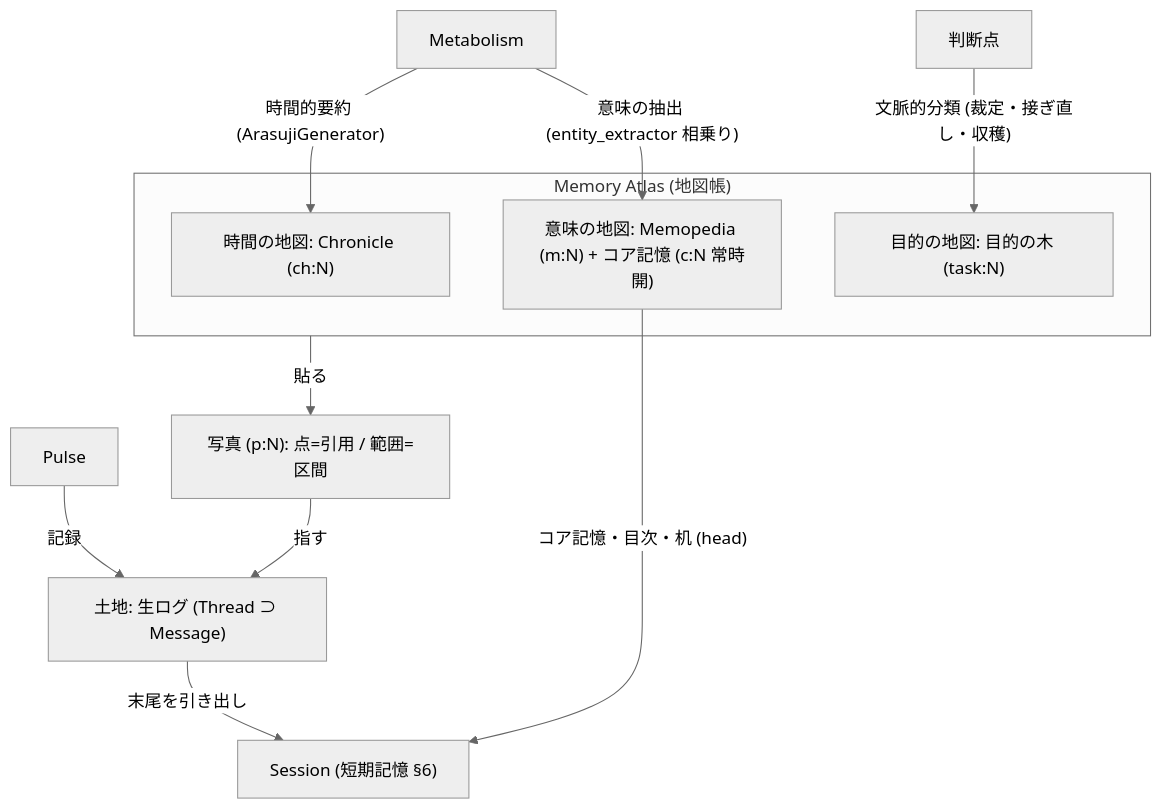
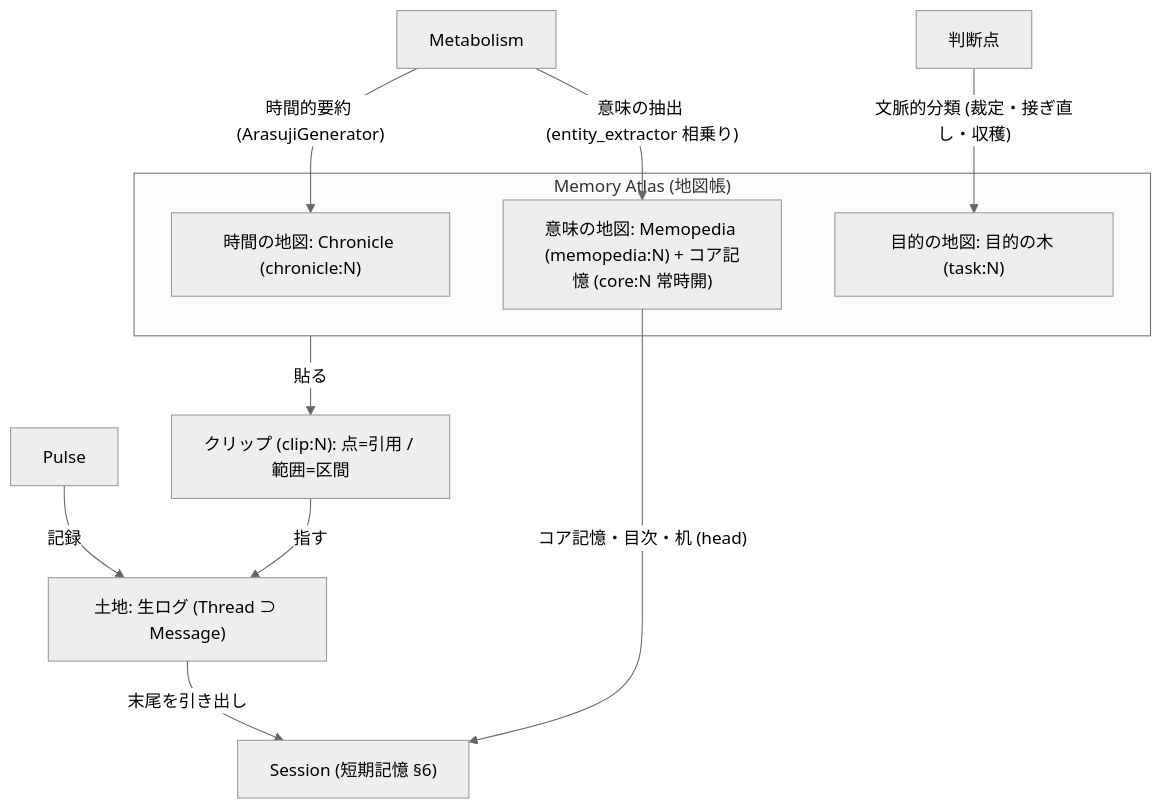
One commit to maha0525/SAIVerse changed the fifth of 7 diagrams in docs/overview/landscape.md. Above: the diagram before and after it, drawn with Mermaid (neutral theme). The commit also changed other lines of this file and 52 other files, not shown here.

````diff
--- a/docs/overview/landscape.md
+++ b/docs/overview/landscape.md
@@ -289,18 +289,18 @@
 ```mermaid
 graph TD
     Land["土地: 生ログ (Thread ⊃ Message)"]
     subgraph Atlas["Memory Atlas (地図帳)"]
-        TimeMap["時間の地図: Chronicle (ch:N)"]
-        MeaningMap["意味の地図: Memopedia (m:N) + コア記憶 (c:N 常時開)"]
+        TimeMap["時間の地図: Chronicle (chronicle:N)"]
+        MeaningMap["意味の地図: Memopedia (memopedia:N) + コア記憶 (core:N 常時開)"]
         PurposeMap["目的の地図: 目的の木 (task:N)"]
     end
-    Photo["写真 (p:N): 点=引用 / 範囲=区間"]
+    Photo["クリップ (clip:N): 点=引用 / 範囲=区間"]
     Pulse -->|記録| Land
     Metabolism -->|"時間的要約 (ArasujiGenerator)"| TimeMap
     Metabolism -->|"意味の抽出 (entity_extractor 相乗り)"| MeaningMap
     JudgmentPoints["判断点"] -->|"文脈的分類 (裁定・接ぎ直し・収穫)"| PurposeMap
     Atlas -->|貼る| Photo
     Photo -->|指す| Land
     Land -->|末尾を引き出し| Session["Session (短期記憶 §6)"]
     MeaningMap -->|"コア記憶・目次・机 (head)"| Session
 ```
````
